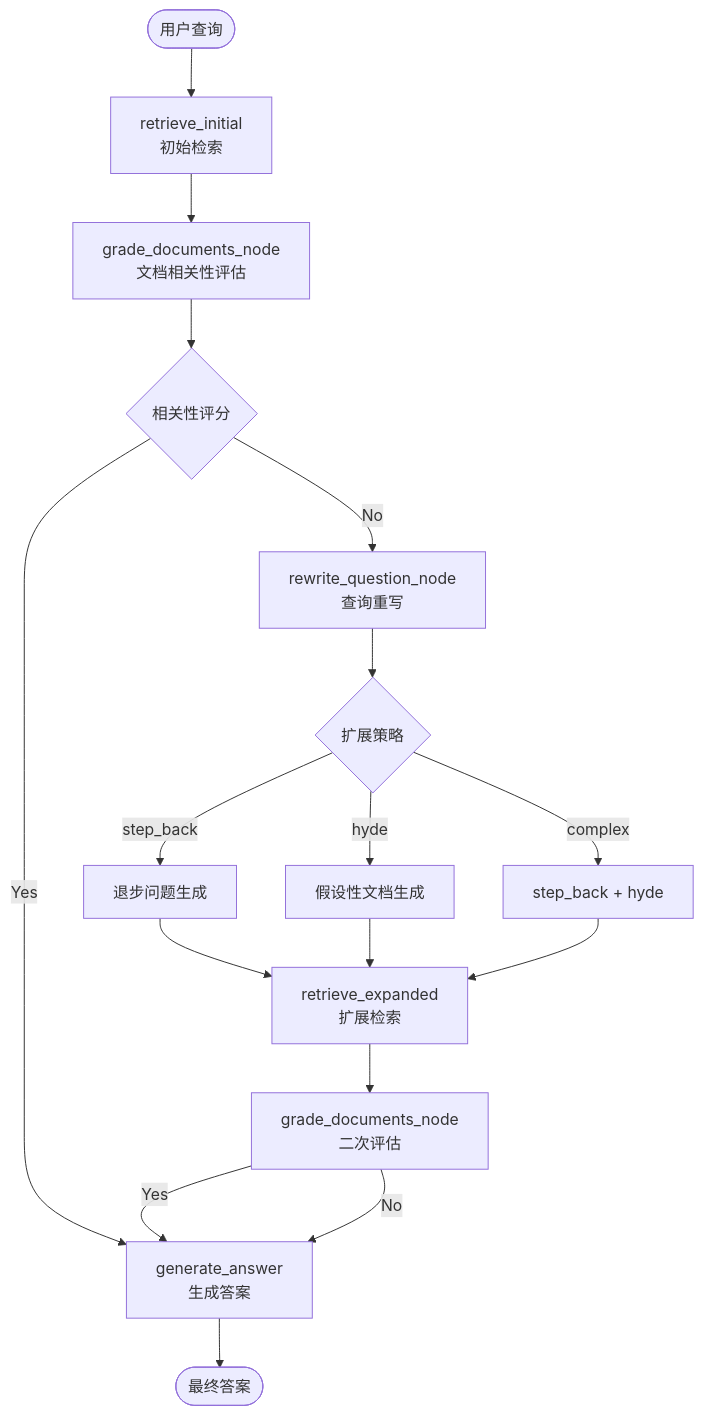
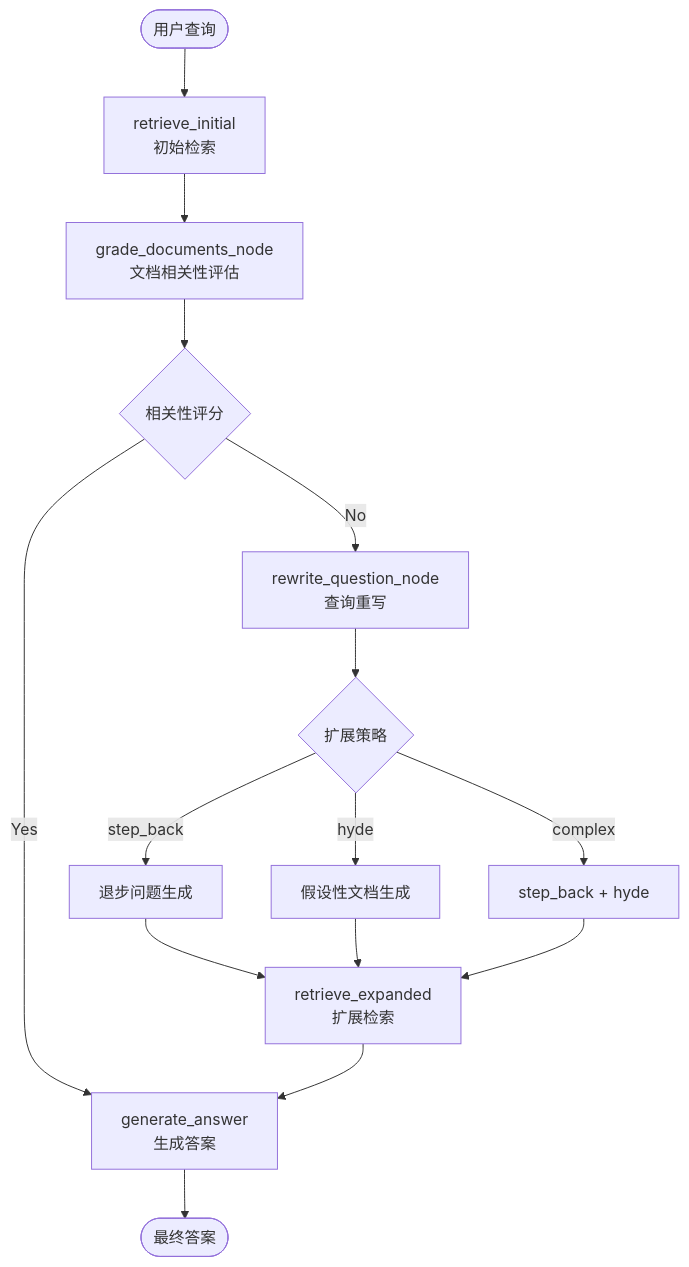
The second of 8 diagrams in sys-doc.md (Chasen-Liao/SuperMew), drawn with Mermaid before and after one commit. The commit also changed other lines of this file and 2 other files, not shown here.

````diff
--- a/sys-doc.md
+++ b/sys-doc.md
@@ -120,19 +120,17 @@
 ```mermaid
 flowchart TB
     Input([用户查询]) --> Retrieve[retrieve_initial<br/>初始检索]
     Retrieve --> Grade[grade_documents_node<br/>文档相关性评估]
     Grade --> Decision{相关性评分}
-    Decision -->|Yes| Generate[generate_answer<br/>生成答案]
+    Decision -->|Yes| Answer[generate_answer<br/>生成答案]
     Decision -->|No| Rewrite[rewrite_question_node<br/>查询重写]
     Rewrite --> Strategy{扩展策略}
     Strategy -->|step_back| StepBack[退步问题生成]
     Strategy -->|hyde| HyDE[假设性文档生成]
     Strategy -->|complex| Both[step_back + hyde]
     StepBack --> ReRetrieve[retrieve_expanded<br/>扩展检索]
     HyDE --> ReRetrieve
     Both --> ReRetrieve
-    ReRetrieve --> FinalGrade[grade_documents_node<br/>二次评估]
-    FinalGrade -->|Yes| Generate
-    FinalGrade -->|No| Generate
-    Generate --> Output([最终答案])
+    ReRetrieve --> Answer
+    Answer --> Output([最终答案])
 ```
````
